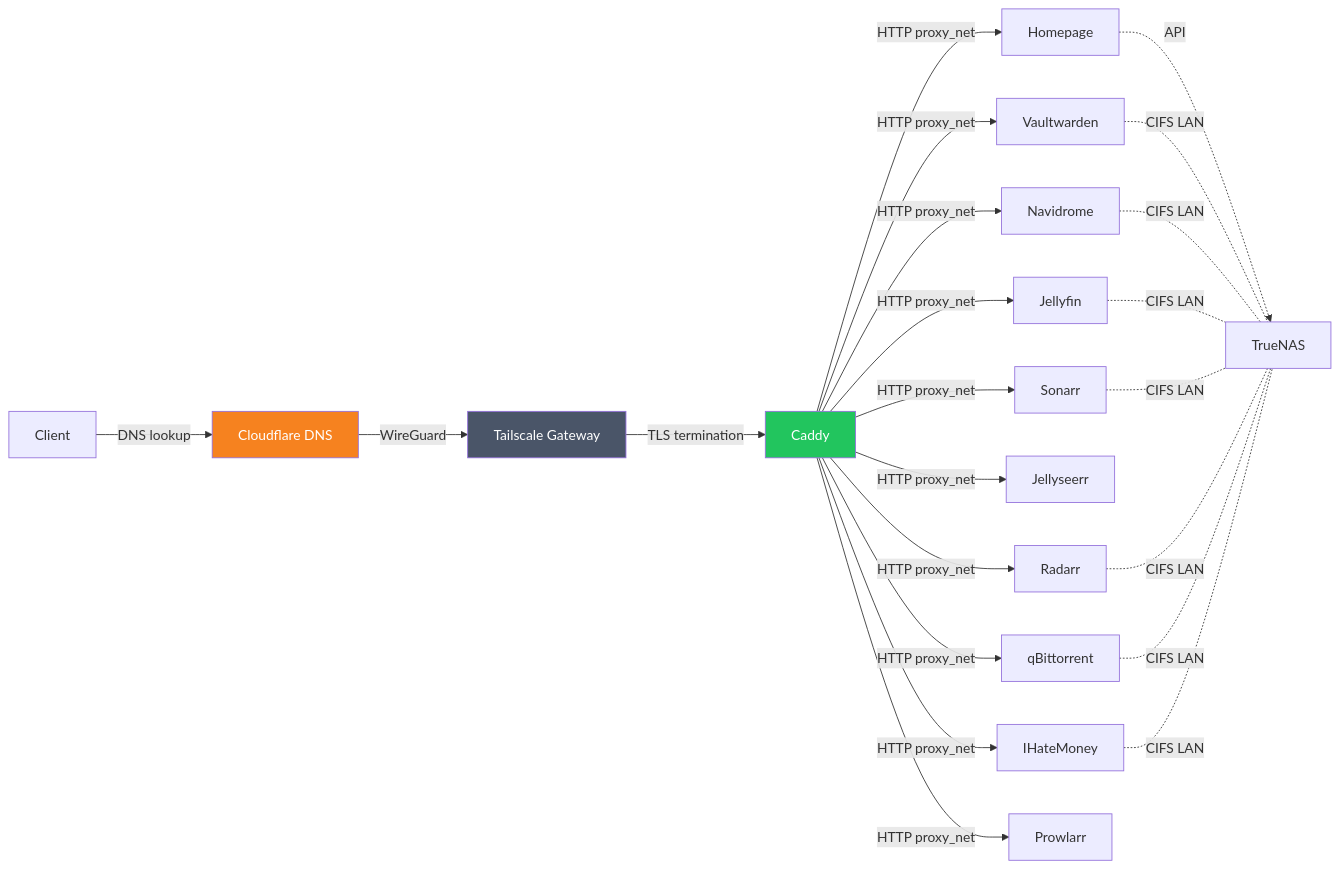
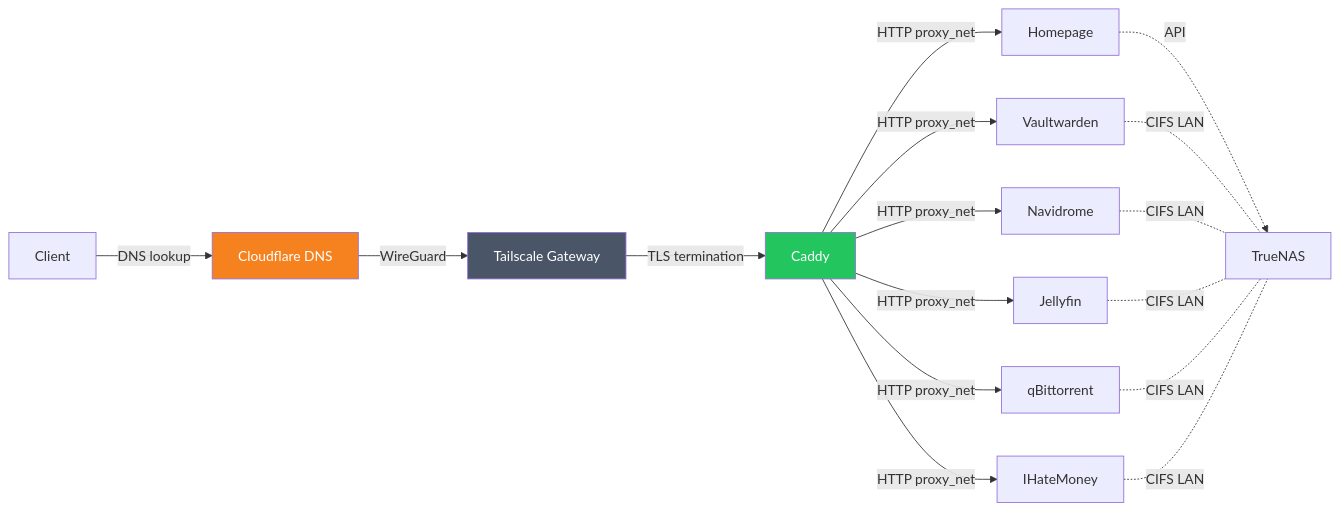
One commit to masolnada/homelab changed the second of 2 diagrams in README.md. Above: the diagram before and after it, drawn with Mermaid. The commit also changed other lines of this file and 5 other files, not shown here.

Commit message:
refactor: remove Sonarr, Radarr, Jellyseerr, and Prowlarr

````diff
--- a/README.md
+++ b/README.md
@@ -81,28 +65,22 @@
 ```mermaid
 graph LR
     Client -->|DNS lookup| CF[Cloudflare DNS]
     CF -->|WireGuard| TS[Tailscale Gateway]
     TS -->|TLS termination| Caddy
     Caddy -->|HTTP proxy_net| Homepage
     Caddy -->|HTTP proxy_net| Vaultwarden
     Caddy -->|HTTP proxy_net| Navidrome
     Caddy -->|HTTP proxy_net| IHateMoney
     Caddy -->|HTTP proxy_net| Jellyfin
-    Caddy -->|HTTP proxy_net| Jellyseerr
-    Caddy -->|HTTP proxy_net| Sonarr
-    Caddy -->|HTTP proxy_net| Radarr
     Caddy -->|HTTP proxy_net| qBittorrent
-    Caddy -->|HTTP proxy_net| Prowlarr
     Homepage -.->|API| NAS[TrueNAS]
     Vaultwarden -.-|CIFS LAN| NAS
     Navidrome -.-|CIFS LAN| NAS
     Jellyfin -.-|CIFS LAN| NAS
-    Sonarr -.-|CIFS LAN| NAS
-    Radarr -.-|CIFS LAN| NAS
     qBittorrent -.-|CIFS LAN| NAS
     IHateMoney -.-|CIFS LAN| NAS
 
     style CF fill:#f6821f,color:#fff
     style TS fill:#4a5568,color:#fff
     style Caddy fill:#22c55e,color:#fff
 ```
````
